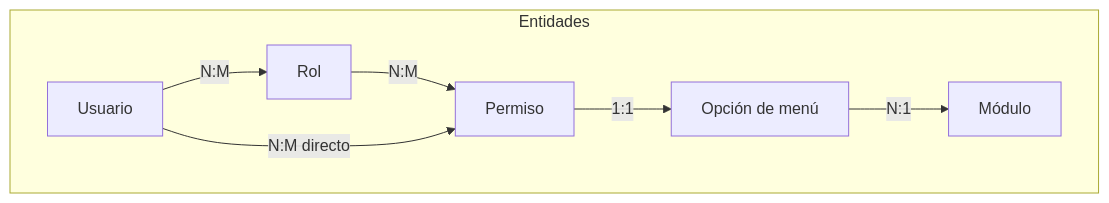
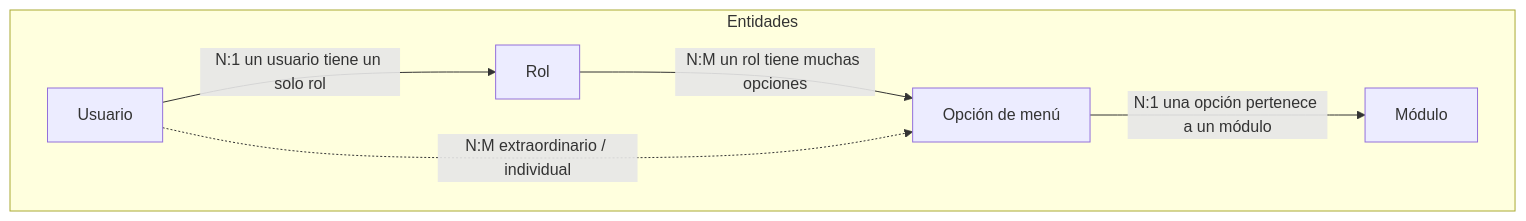
One commit to jramirezch1978/sigre_web changed the ninth of 12 diagrams in restaurante.pe/ROADMAP_RESTAURANT_PE.md. Above: the diagram before and after it, drawn with Mermaid. The commit also changed other lines of this file, not shown here.

Commit message:
fix: Corregir modelo de seguridad - un usuario tiene un solo rol, opciones de menu individuales como excepcion extraordinaria

````diff
--- a/restaurante.pe/ROADMAP_RESTAURANT_PE.md
+++ b/restaurante.pe/ROADMAP_RESTAURANT_PE.md
@@ -560,15 +560,13 @@
 ```mermaid
 flowchart TB
     subgraph Entidades
         USR[Usuario]
         ROL[Rol]
-        PERM[Permiso]
         MENU[Opción de menú]
         MOD[Módulo]
     end
-    USR -->|N:M| ROL
-    ROL -->|N:M| PERM
-    PERM -->|1:1| MENU
-    MENU -->|N:1| MOD
-    USR -->|N:M directo| PERM
+    USR -->|N:1 un usuario tiene un solo rol| ROL
+    ROL -->|N:M un rol tiene muchas opciones| MENU
+    MENU -->|N:1 una opción pertenece a un módulo| MOD
+    USR -.->|N:M extraordinario / individual| MENU
 ```
````
